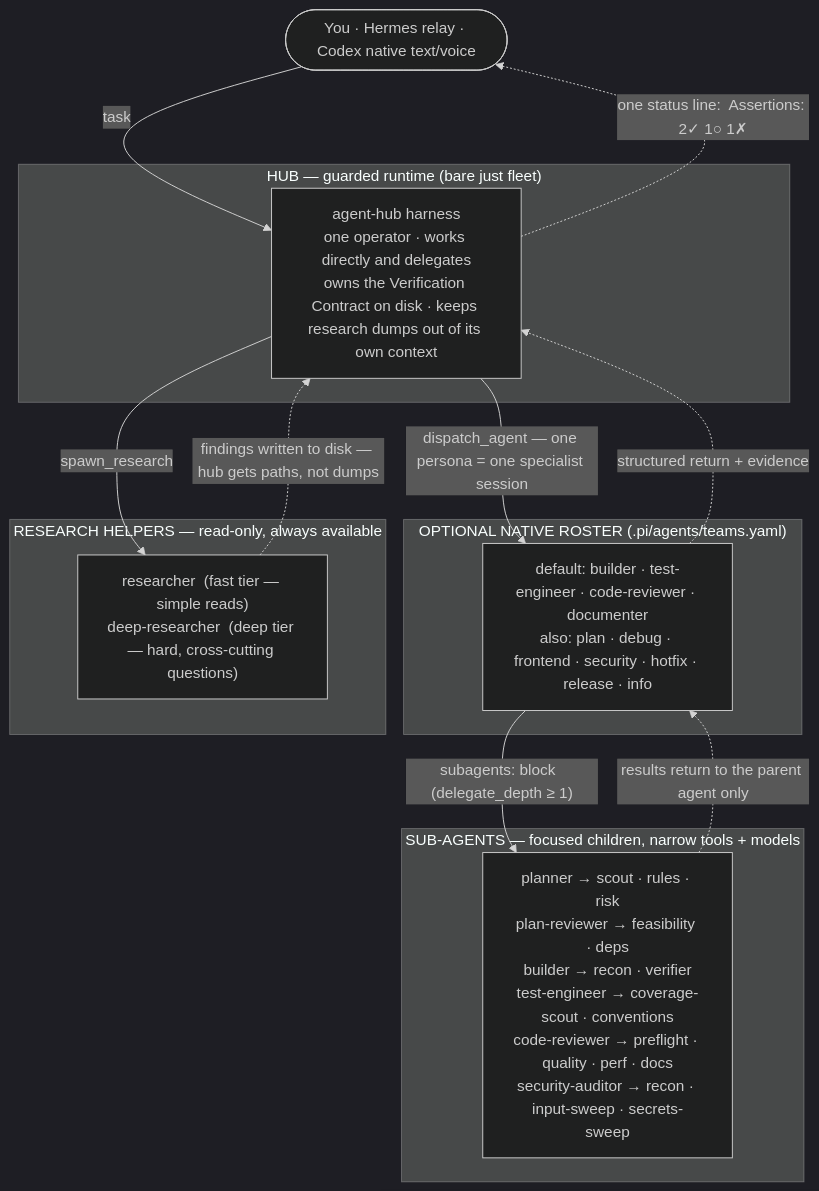
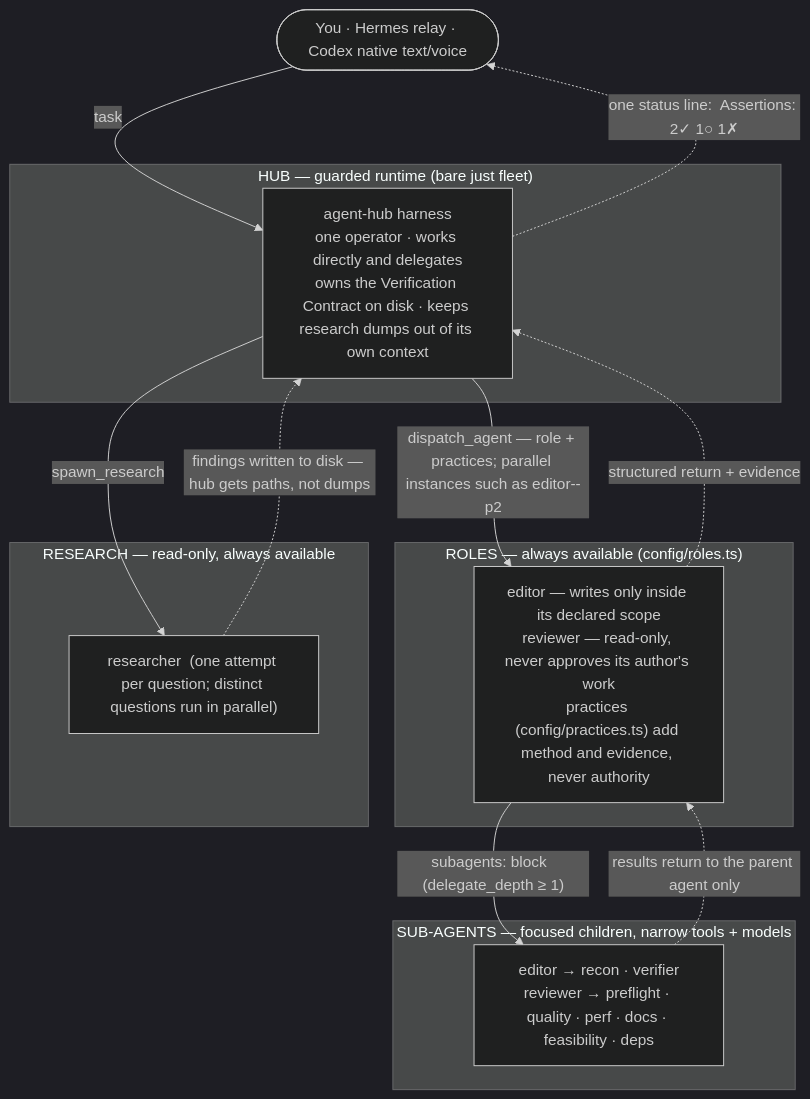
One commit to chankov/agent-fleet changed the first of 2 diagrams in docs/ARCHITECTURE.md. Above: the diagram before and after it, drawn with Mermaid (dark theme). The commit also changed other lines of this file and 109 other files, not shown here.

First line of the commit message:
Ship three role definitions and describe roles and practices everywhere

````diff
--- a/docs/ARCHITECTURE.md
+++ b/docs/ARCHITECTURE.md
@@ -250,29 +254,29 @@
 ```mermaid
 flowchart TD
     You(["You · Hermes relay · Codex native text/voice"])
 
     subgraph HUBL["HUB — guarded runtime  (bare just fleet)"]
         Hub["agent-hub harness<br/>one operator · works directly and delegates<br/>owns the Verification Contract on disk · keeps research dumps out of its own context"]
     end
 
-    subgraph TEAML["OPTIONAL NATIVE ROSTER  (.pi/agents/teams.yaml)"]
-        Team["default: builder · test-engineer · code-reviewer · documenter<br/>also: plan · debug · frontend · security · hotfix · release · info"]
+    subgraph ROLEL["ROLES — always available  (config/roles.ts)"]
+        Roles["editor — writes only inside its declared scope<br/>reviewer — read-only, never approves its author's work<br/>practices (config/practices.ts) add method and evidence, never authority"]
     end
 
-    subgraph RESL["RESEARCH HELPERS — read-only, always available"]
-        Research["researcher  (fast tier — simple reads)<br/>deep-researcher  (deep tier — hard, cross-cutting questions)"]
+    subgraph RESL["RESEARCH — read-only, always available"]
+        Research["researcher  (one attempt per question; distinct questions run in parallel)"]
     end
 
     subgraph SUBL["SUB-AGENTS — focused children, narrow tools + models"]
-        Subs["planner → scout · rules · risk<br/>plan-reviewer → feasibility · deps<br/>builder → recon · verifier<br/>test-engineer → coverage-scout · conventions<br/>code-reviewer → preflight · quality · perf · docs<br/>security-auditor → recon · input-sweep · secrets-sweep"]
+        Subs["editor → recon · verifier<br/>reviewer → preflight · quality · perf · docs · feasibility · deps"]
     end
 
     You -->|task| Hub
-    Hub -->|"dispatch_agent — one persona = one specialist session"| Team
+    Hub -->|"dispatch_agent — role + practices; parallel instances such as editor--p2"| Roles
     Hub -->|"spawn_research"| Research
     Research -.->|"findings written to disk — hub gets paths, not dumps"| Hub
-    Team -->|"subagents: block  (delegate_depth ≥ 1)"| Subs
-    Subs -.->|"results return to the parent agent only"| Team
-    Team -.->|"structured return + evidence"| Hub
+    Roles -->|"subagents: block  (delegate_depth ≥ 1)"| Subs
+    Subs -.->|"results return to the parent agent only"| Roles
+    Roles -.->|"structured return + evidence"| Hub
     Hub -.->|"one status line:  Assertions: 2✓ 1○ 1✗"| You
 ```
````
